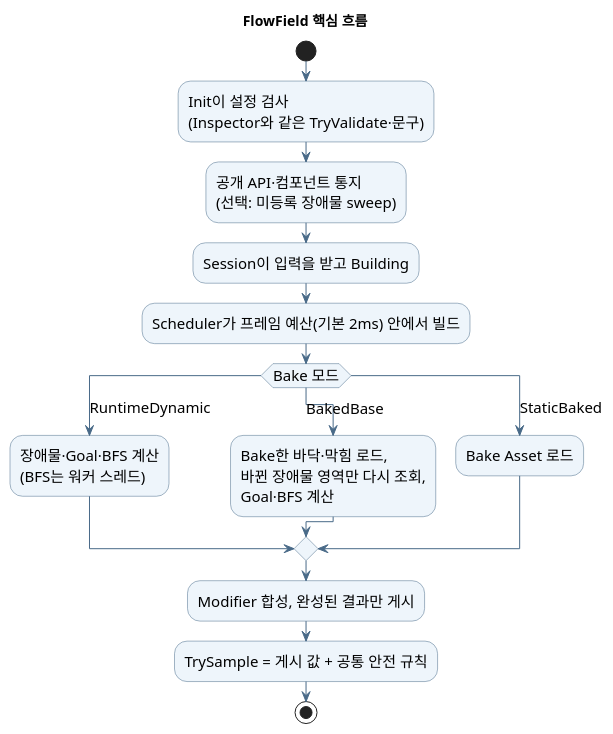
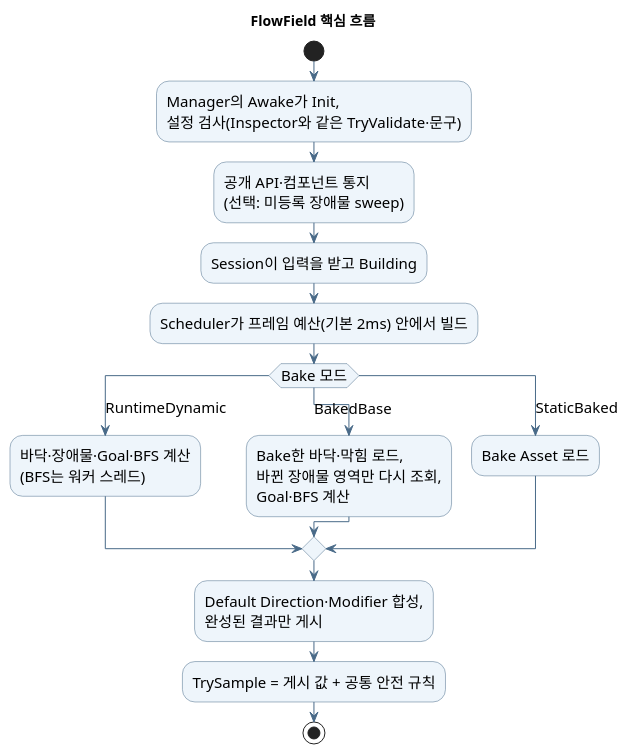
The diagram in ToyProject/Assets/_FlowField/Docs/flowfield-uml.puml (youwonsock/tool-unity-editor), drawn with PlantUML before and after one commit. The commit also changed 7 other files, not shown here.

```diff
--- a/ToyProject/Assets/_FlowField/Docs/flowfield-uml.puml
+++ b/ToyProject/Assets/_FlowField/Docs/flowfield-uml.puml
@@ -1,28 +1,28 @@
 @startuml flowfield-uml
 skinparam shadowing false
 skinparam defaultFontName "Apple SD Gothic Neo"
 skinparam defaultFontSize 15
 skinparam ArrowColor #496A88
 skinparam ActivityBackgroundColor #EEF5FB
 skinparam ActivityBorderColor #496A88
 skinparam ActivityDiamondBackgroundColor #EEF5FB
 skinparam ActivityDiamondBorderColor #496A88
 title FlowField 핵심 흐름
 
 start
-:Init이 설정 검사\n(Inspector와 같은 TryValidate·문구);
+:Manager의 Awake가 Init,\n설정 검사(Inspector와 같은 TryValidate·문구);
 :공개 API·컴포넌트 통지\n(선택: 미등록 장애물 sweep);
 :Session이 입력을 받고 Building;
 :Scheduler가 프레임 예산(기본 2ms) 안에서 빌드;
 switch (Bake 모드)
 case (RuntimeDynamic)
-  :장애물·Goal·BFS 계산\n(BFS는 워커 스레드);
+  :바닥·장애물·Goal·BFS 계산\n(BFS는 워커 스레드);
 case (BakedBase)
   :Bake한 바닥·막힘 로드,\n바뀐 장애물 영역만 다시 조회,\nGoal·BFS 계산;
 case (StaticBaked)
   :Bake Asset 로드;
 endswitch
-:Modifier 합성, 완성된 결과만 게시;
+:Default Direction·Modifier 합성,\n완성된 결과만 게시;
 :TrySample = 게시 값 + 공통 안전 규칙;
 stop
 @enduml
```
